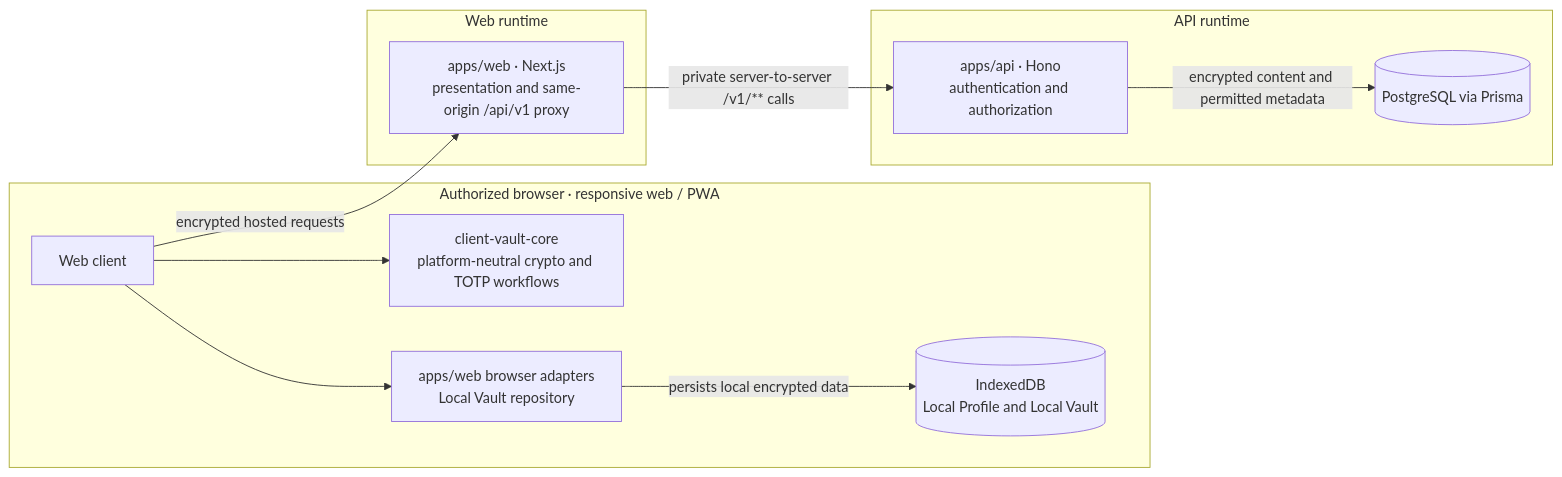
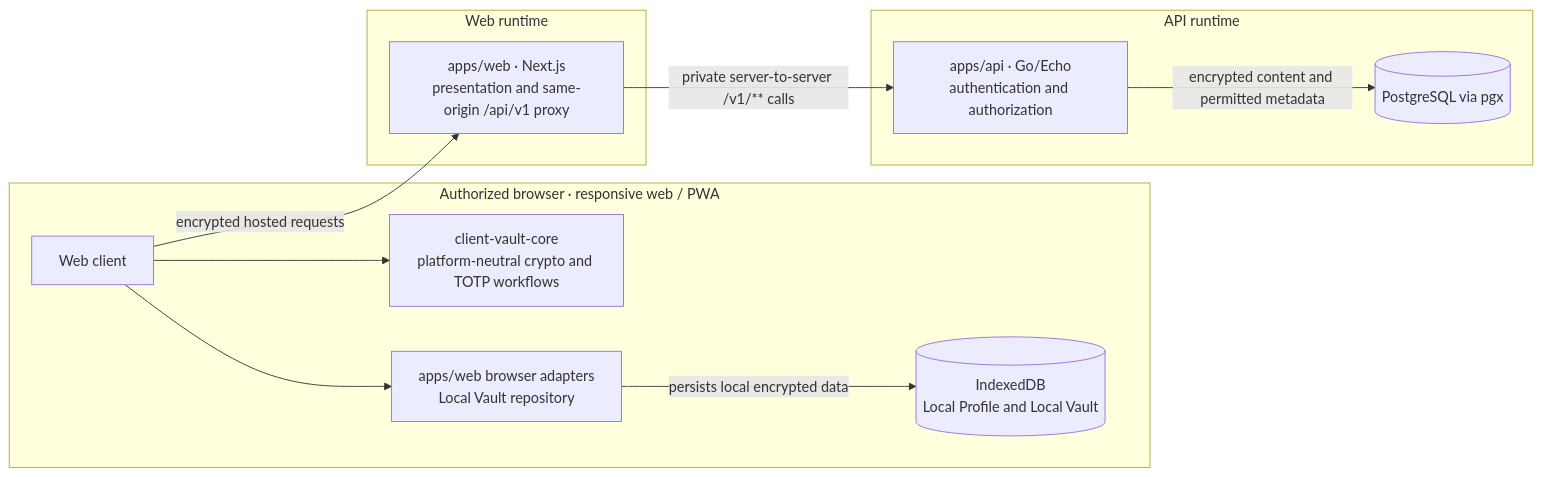
The diagram in docs/monorepo.md (arrokh/rhasia-scret), drawn with Mermaid before and after one commit. The commit also changed other lines of this file and 425 other files, not shown here.

First line of the commit message:
[api][chore] Migrate API runtime and schema to Go and Sqitch (#329)

````diff
--- a/docs/monorepo.md
+++ b/docs/monorepo.md
@@ -24,25 +24,25 @@
 ```mermaid
 flowchart LR
     subgraph browser["Authorized browser · responsive web / PWA"]
         Client["Web client"]
         Core["client-vault-core<br/>platform-neutral crypto and TOTP workflows"]
         Storage["apps/web browser adapters<br/>Local Vault repository"]
         Local[("IndexedDB<br/>Local Profile and Local Vault")]
         Client --> Core
         Client --> Storage
         Storage -->|"persists local encrypted data"| Local
     end
 
     subgraph webhost["Web runtime"]
         Web["apps/web · Next.js<br/>presentation and same-origin /api/v1 proxy"]
     end
 
     subgraph apihost["API runtime"]
-        API["apps/api · Hono<br/>authentication and authorization"]
-        DB[("PostgreSQL via Prisma")]
+        API["apps/api · Go/Echo<br/>authentication and authorization"]
+        DB[("PostgreSQL via pgx")]
         API -->|"encrypted content and permitted metadata"| DB
     end
 
     Client -->|"encrypted hosted requests"| Web
     Web -->|"private server-to-server /v1/** calls"| API
 ```
````
